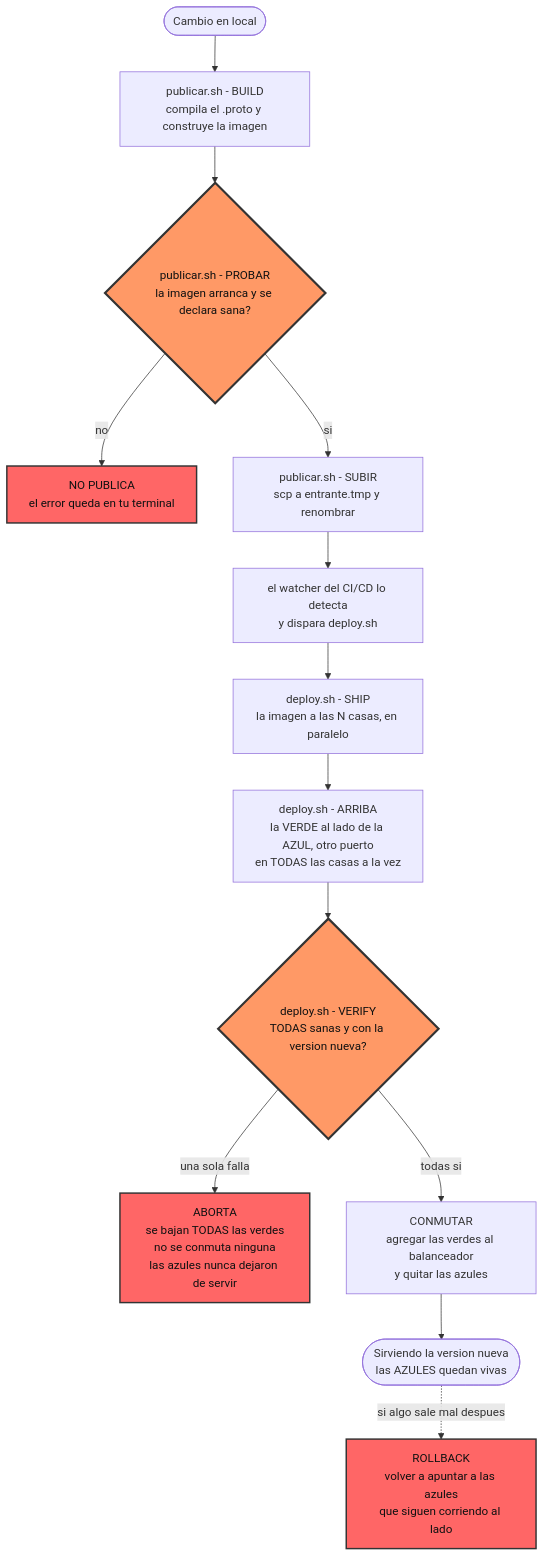
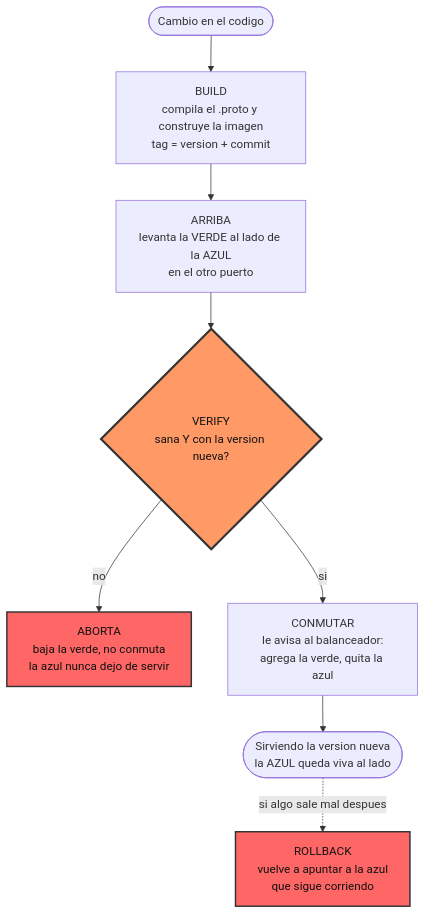
The diagram in README.md (SDyPPTpGrupal/sdypp_servPython), drawn with Mermaid before and after one commit. The commit also changed other lines of this file and 2 other files, not shown here.

Commit message:
borro rastros del CI/CD

````diff
--- a/README.md
+++ b/README.md
@@ -76,26 +83,17 @@
 ```mermaid
 flowchart TD
-    START(["Cambio en local"]) --> BUILD
-    BUILD["publicar.sh - BUILD<br/>compila el .proto y construye la imagen"] --> PROBAR
-    PROBAR{"publicar.sh - PROBAR<br/>la imagen arranca y se declara sana?"}
-    PROBAR -->|"no"| NOSUBE["NO PUBLICA<br/>el error queda en tu terminal"]
-    PROBAR -->|"si"| SUBIR["publicar.sh - SUBIR<br/>scp a entrante.tmp y renombrar"]
+    START(["Cambio en el codigo"]) --> BUILD
+    BUILD["BUILD<br/>compila el .proto y construye la imagen<br/>tag = version + commit"] --> ARRIBA
+    ARRIBA["ARRIBA<br/>levanta la VERDE al lado de la AZUL<br/>en el otro puerto"] --> VERIFY
 
-    SUBIR --> WATCH["el watcher del CI/CD lo detecta<br/>y dispara deploy.sh"]
-    WATCH --> SHIP["deploy.sh - SHIP<br/>la imagen a las N casas, en paralelo"]
-    SHIP --> ARRIBA["deploy.sh - ARRIBA<br/>la VERDE al lado de la AZUL, otro puerto<br/>en TODAS las casas a la vez"]
-    ARRIBA --> VERIFY
+    VERIFY{"VERIFY<br/>sana Y con la version nueva?"}
+    VERIFY -->|"no"| ABORT["ABORTA<br/>baja la verde, no conmuta<br/>la azul nunca dejo de servir"]
+    VERIFY -->|"si"| CONMUTAR
 
-    VERIFY{"deploy.sh - VERIFY<br/>TODAS sanas y con la version nueva?"}
-    VERIFY -->|"una sola falla"| ABORT["ABORTA<br/>se bajan TODAS las verdes<br/>no se conmuta ninguna<br/>las azules nunca dejaron de servir"]
-    VERIFY -->|"todas si"| CONMUTAR
+    CONMUTAR["CONMUTAR<br/>le avisa al balanceador:<br/>agrega la verde, quita la azul"] --> OK(["Sirviendo la version nueva<br/>la AZUL queda viva al lado"])
+    OK -.->|"si algo sale mal despues"| ROLLBACK["ROLLBACK<br/>vuelve a apuntar a la azul<br/>que sigue corriendo"]
 
-    CONMUTAR["CONMUTAR<br/>agregar las verdes al balanceador<br/>y quitar las azules"] --> OK(["Sirviendo la version nueva<br/>las AZULES quedan vivas"])
-    OK -.->|"si algo sale mal despues"| ROLLBACK["ROLLBACK<br/>volver a apuntar a las azules<br/>que siguen corriendo al lado"]
-
-    style PROBAR fill:#f96,stroke:#333,stroke-width:3px,color:#111
     style VERIFY fill:#f96,stroke:#333,stroke-width:3px,color:#111
     style ABORT fill:#f66,stroke:#333,stroke-width:2px,color:#111
-    style NOSUBE fill:#f66,stroke:#333,stroke-width:2px,color:#111
     style ROLLBACK fill:#f66,stroke:#333,stroke-width:2px,color:#111
 ```
````
